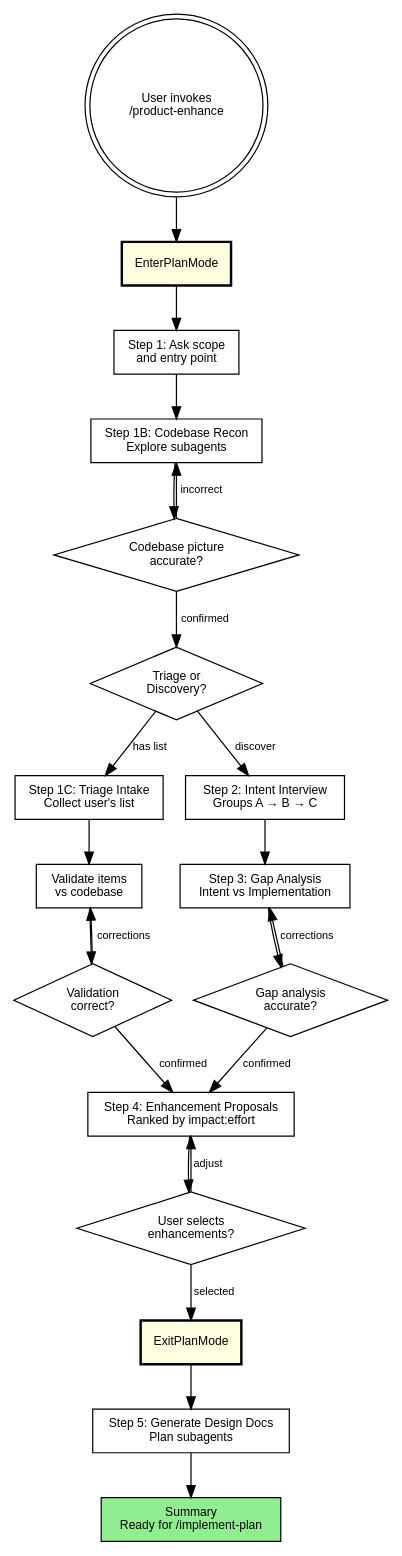
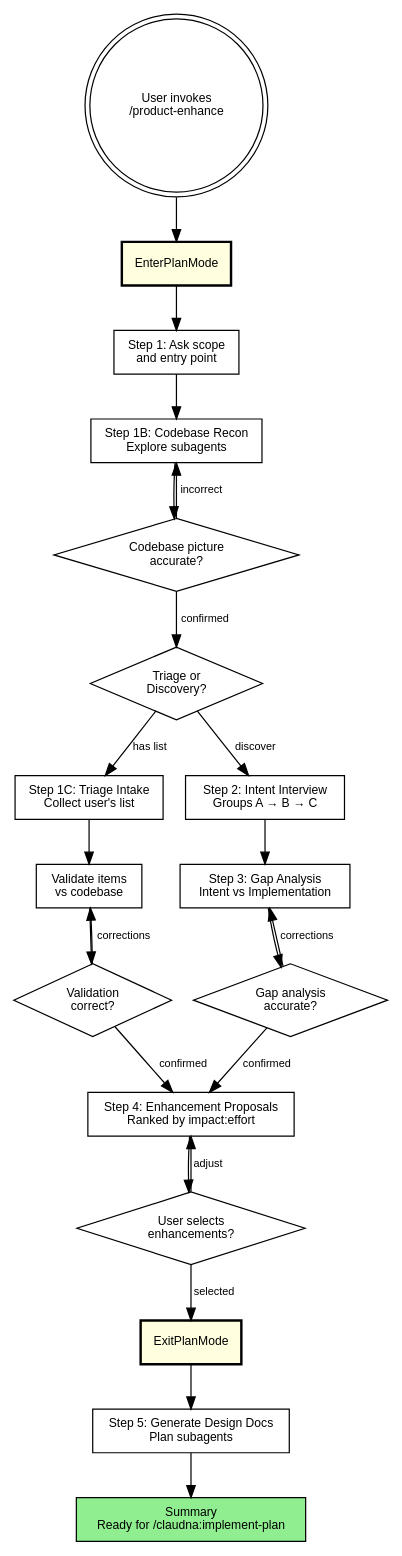
Before and after one commit to Claudfather/clauDNA: the diagram in skills/product-enhance/SKILL.md, drawn with Graphviz. The commit also changed other lines of this file and 39 other files, not shown here.

````diff
--- a/skills/product-enhance/SKILL.md
+++ b/skills/product-enhance/SKILL.md
@@ -27,55 +27,55 @@
 ```dot
 digraph product_enhance {
     rankdir=TB;
     node [fontname="Helvetica" fontsize=10];
     edge [fontname="Helvetica" fontsize=9];
 
     start [label="User invokes\n/product-enhance" shape=doublecircle];
     enter_plan [label="EnterPlanMode" shape=box style="filled,bold" fillcolor=lightyellow];
 
     entry [label="Step 1: Ask scope\nand entry point" shape=box];
     recon [label="Step 1B: Codebase Recon\nExplore subagents" shape=box];
     confirm_recon [label="Codebase picture\naccurate?" shape=diamond];
 
     path_choice [label="Triage or\nDiscovery?" shape=diamond];
 
     triage [label="Step 1C: Triage Intake\nCollect user's list" shape=box];
     triage_validate [label="Validate items\nvs codebase" shape=box];
     triage_confirm [label="Validation\ncorrect?" shape=diamond];
 
     interview [label="Step 2: Intent Interview\nGroups A → B → C" shape=box];
     gap [label="Step 3: Gap Analysis\nIntent vs Implementation" shape=box];
     gap_confirm [label="Gap analysis\naccurate?" shape=diamond];
 
     proposals [label="Step 4: Enhancement Proposals\nRanked by impact:effort" shape=box];
     user_selects [label="User selects\nenhancements?" shape=diamond];
 
     exit_plan [label="ExitPlanMode" shape=box style="filled,bold" fillcolor=lightyellow];
 
     generate [label="Step 5: Generate Design Docs\nPlan subagents" shape=box];
 
-    done [label="Summary\nReady for /implement-plan" shape=box style=filled fillcolor=lightgreen];
+    done [label="Summary\nReady for /claudna:implement-plan" shape=box style=filled fillcolor=lightgreen];
 
     start -> enter_plan;
     enter_plan -> entry;
     entry -> recon;
     recon -> confirm_recon;
     confirm_recon -> recon [label="incorrect"];
     confirm_recon -> path_choice [label="confirmed"];
     path_choice -> triage [label="has list"];
     path_choice -> interview [label="discover"];
     triage -> triage_validate;
     triage_validate -> triage_confirm;
     triage_confirm -> triage_validate [label="corrections"];
     triage_confirm -> proposals [label="confirmed"];
     interview -> gap;
     gap -> gap_confirm;
     gap_confirm -> gap [label="corrections"];
     gap_confirm -> proposals [label="confirmed"];
     proposals -> user_selects;
     user_selects -> proposals [label="adjust"];
     user_selects -> exit_plan [label="selected"];
     exit_plan -> generate;
     generate -> done;
 }
 ```
````
